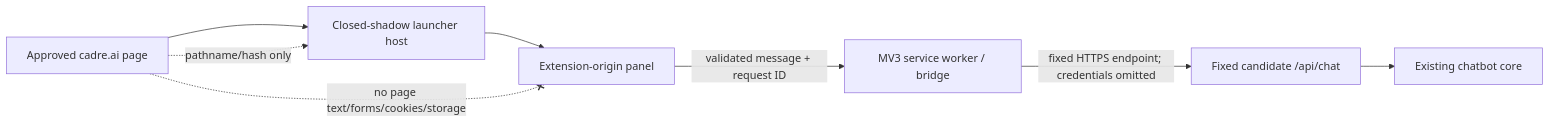
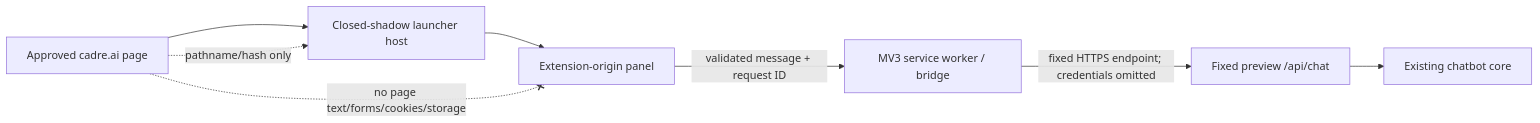
Before and after one commit to BernydotJar/Cadre_AI_Chatbot: the diagram in docs/extension-preview-design.md, drawn with Mermaid. The commit also changed other lines of this file and 21 other files, not shown here.

````diff
--- a/docs/extension-preview-design.md
+++ b/docs/extension-preview-design.md
@@ -15,18 +15,18 @@
 ```mermaid
 flowchart LR
     Page[Approved cadre.ai page]
     Host[Closed-shadow launcher host]
     Panel[Extension-origin panel]
     SW[MV3 service worker / bridge]
-    API[Fixed candidate /api/chat]
+    API[Fixed preview /api/chat]
     Core[Existing chatbot core]
 
     Page --> Host
     Host --> Panel
     Panel -->|validated message + request ID| SW
     SW -->|fixed HTTPS endpoint; credentials omitted| API
     API --> Core
 
     Page -. pathname/hash only .-> Host
     Page -. no page text/forms/cookies/storage .-x Panel
 ```
````
